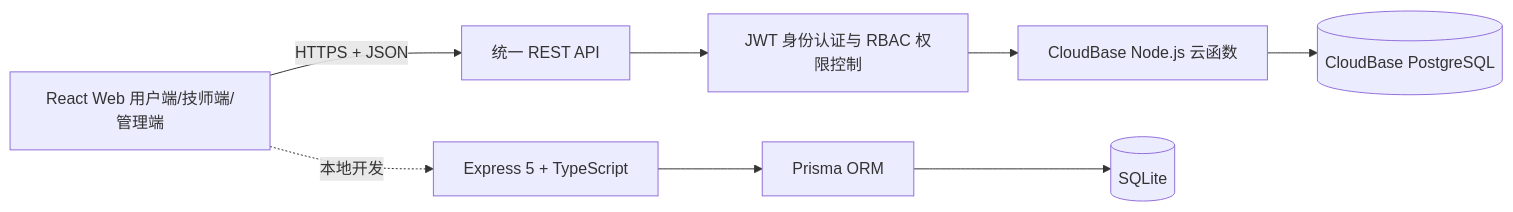
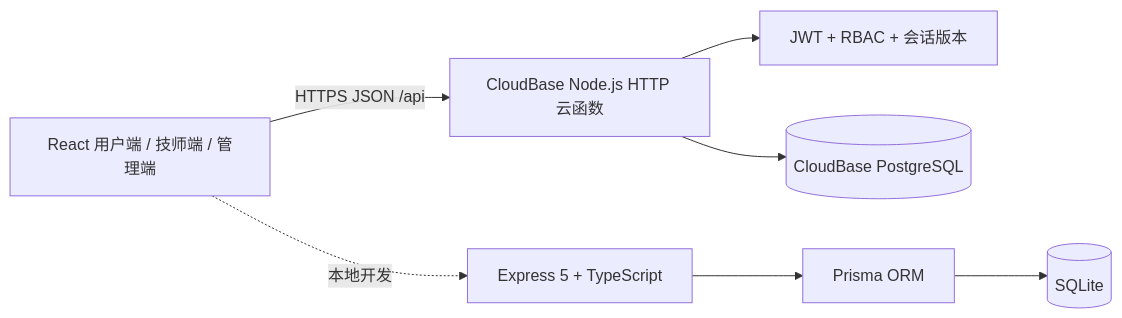
Before and after one commit to QIANLING-0831/luohan-gohome: the diagram in docs/BACKEND_TECH_STACK.md, drawn with Mermaid. The commit also changed other lines of this file and 22 other files, not shown here.

````diff
--- a/docs/BACKEND_TECH_STACK.md
+++ b/docs/BACKEND_TECH_STACK.md
@@ -7,11 +9,9 @@
 ```mermaid
 flowchart LR
-    A[React Web 用户端/技师端/管理端] -->|HTTPS + JSON| B[统一 REST API]
-    B --> C[JWT 身份认证与 RBAC 权限控制]
-    C --> D[CloudBase Node.js 云函数]
-    D --> E[(CloudBase PostgreSQL)]
-
-    A -. 本地开发 .-> F[Express 5 + TypeScript]
-    F --> G[Prisma ORM]
-    G --> H[(SQLite)]
+  WEB[React 用户端 / 技师端 / 管理端] -->|HTTPS JSON /api| API[CloudBase Node.js HTTP 云函数]
+  API --> AUTH[JWT + RBAC + 会话版本]
+  API --> DB[(CloudBase PostgreSQL)]
+  WEB -. 本地开发 .-> EXPRESS[Express 5 + TypeScript]
+  EXPRESS --> PRISMA[Prisma ORM]
+  PRISMA --> SQLITE[(SQLite)]
 ```
````
